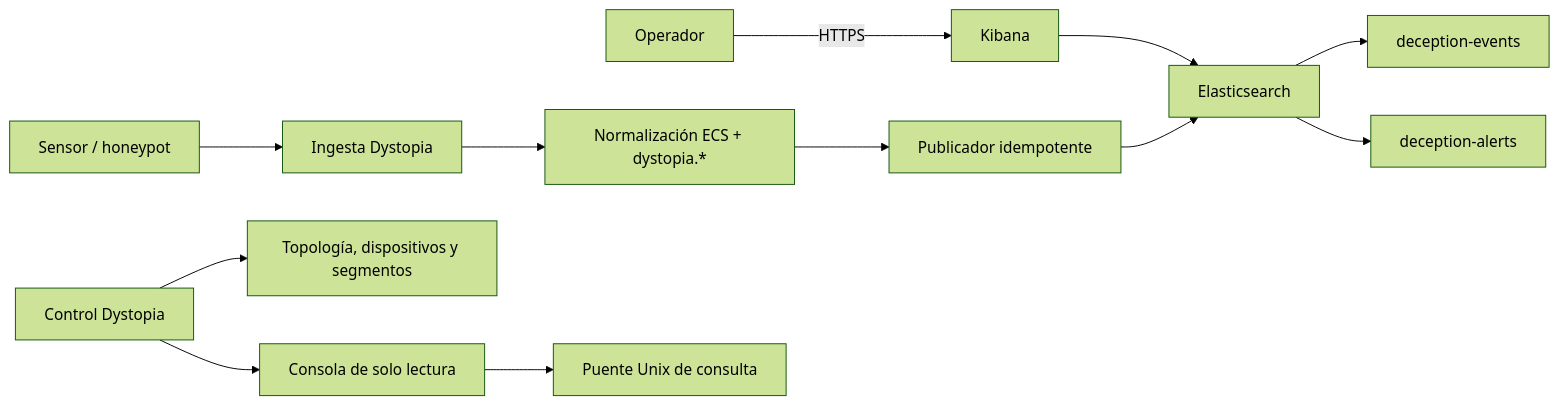
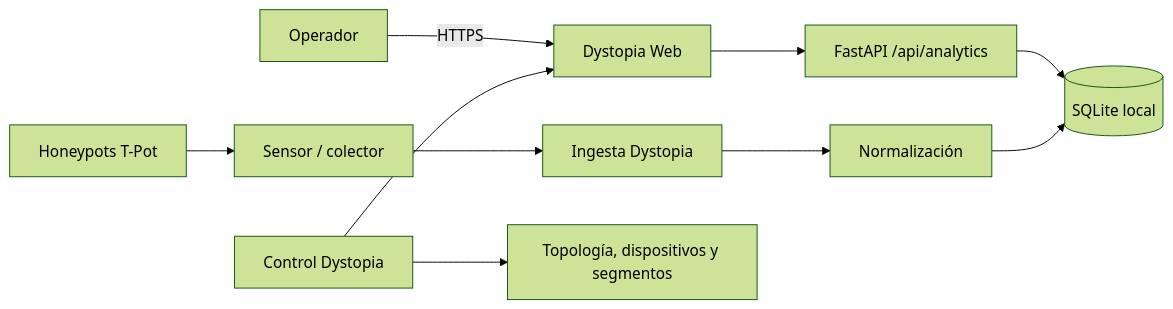
The diagram in README.md (Doker367/Deception-Dystopia), drawn with Mermaid (forest theme) before and after one commit. The commit also changed other lines of this file and 87 other files, not shown here.

Commit message:
feat: move analytics to local SQLite and remove Elastic stack

````diff
--- a/README.md
+++ b/README.md
@@ -103,14 +73,12 @@
 ```mermaid
 flowchart LR
-    OP[Operador] -->|HTTPS| KB[Kibana]
-    KB --> ES[Elasticsearch]
-    ES --> EV[deception-events]
-    ES --> AL[deception-alerts]
-    SENSOR[Sensor / honeypot] --> ING[Ingesta Dystopia]
-    ING --> NORM[Normalización ECS + dystopia.*]
-    NORM --> PUB[Publicador idempotente]
-    PUB --> ES
+    OP[Operador] -->|HTTPS| WEB[Dystopia Web]
+    WEB --> API[FastAPI /api/analytics]
+    API --> DB[(SQLite local)]
+    HP[Honeypots T-Pot] --> SENSOR[Sensor / colector]
+    SENSOR --> ING[Ingesta Dystopia]
+    ING --> NORM[Normalización]
+    NORM --> DB
     CTRL[Control Dystopia] --> TOPO[Topología, dispositivos y segmentos]
-    CTRL --> CON[Consola de solo lectura]
-    CON --> QRY[Puente Unix de consulta]
+    CTRL --> WEB
 ```
````
